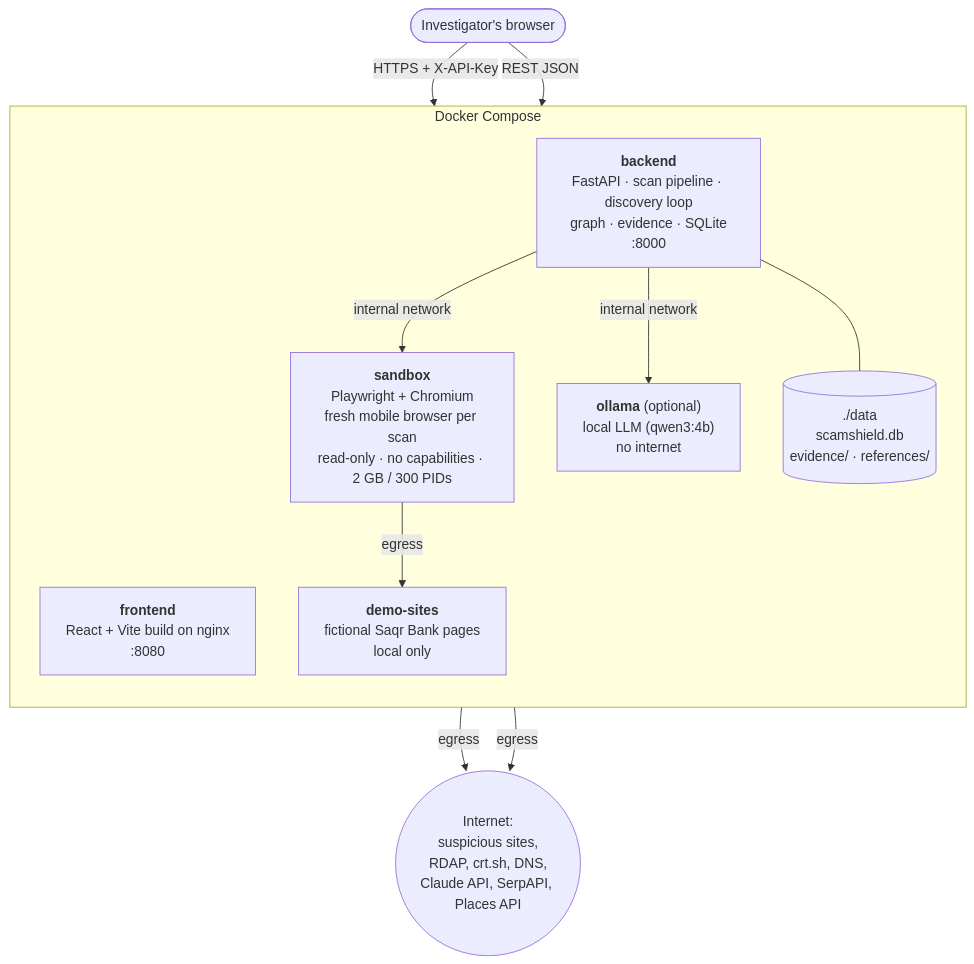
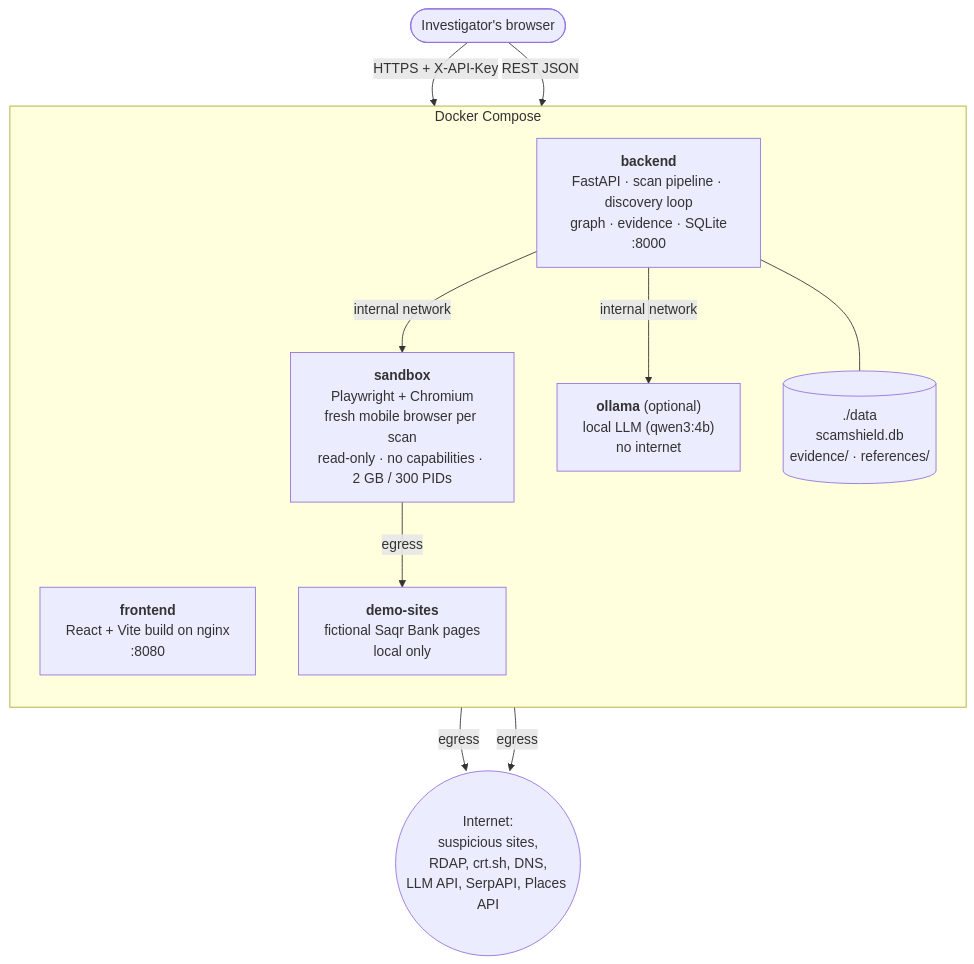
The second of 5 diagrams in README.md (itshaithem/AD-police-hackathon), drawn with Mermaid before and after one commit. The commit also changed other lines of this file and 12 other files, not shown here.

First line of the commit message:
Vercel-only demo mode; README: generic LLM wording, roadmap, team

````diff
--- a/README.md
+++ b/README.md
@@ -89,25 +89,25 @@
 ```mermaid
 flowchart TB
     user(["Investigator's browser"])
 
     subgraph host["Docker Compose"]
         direction TB
         fe["<b>frontend</b><br/>React + Vite build on nginx<br/>:8080"]
         be["<b>backend</b><br/>FastAPI · scan pipeline · discovery loop<br/>graph · evidence · SQLite<br/>:8000"]
         sb["<b>sandbox</b><br/>Playwright + Chromium<br/>fresh mobile browser per scan<br/>read-only · no capabilities · 2 GB / 300 PIDs"]
         ol["<b>ollama</b> (optional)<br/>local LLM (qwen3:4b)<br/>no internet"]
         ds["<b>demo-sites</b><br/>fictional Saqr Bank pages<br/>local only"]
         vol[("./data<br/>scamshield.db<br/>evidence/ · references/")]
     end
 
-    web(("Internet:<br/>suspicious sites,<br/>RDAP, crt.sh, DNS,<br/>Claude API, SerpAPI, Places API"))
+    web(("Internet:<br/>suspicious sites,<br/>RDAP, crt.sh, DNS,<br/>LLM API, SerpAPI, Places API"))
 
     user -->|"HTTPS + X-API-Key"| fe
     user -->|"REST JSON"| be
     be -->|"internal network"| sb
     be -->|"internal network"| ol
     be --- vol
     be -->|"egress"| web
     sb -->|"egress"| web
     sb -->|"egress"| ds
 ```
````
